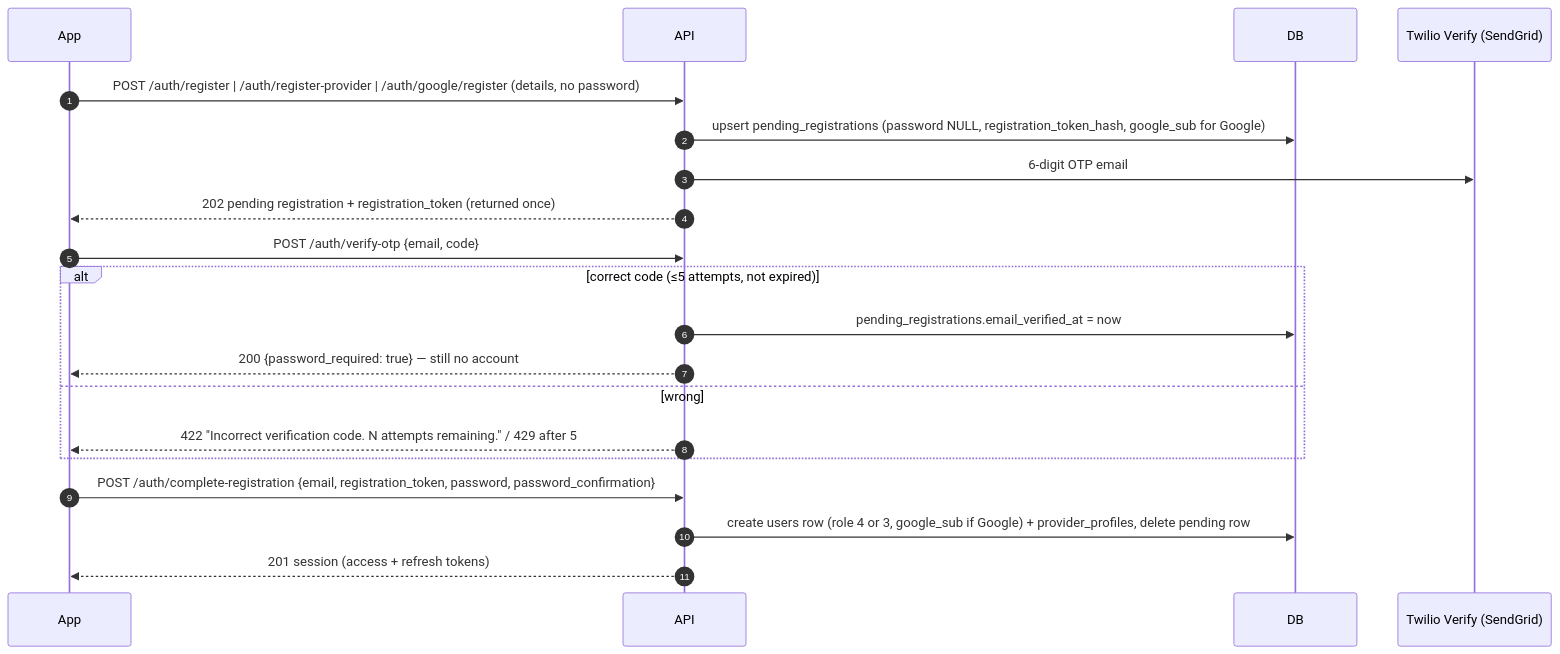
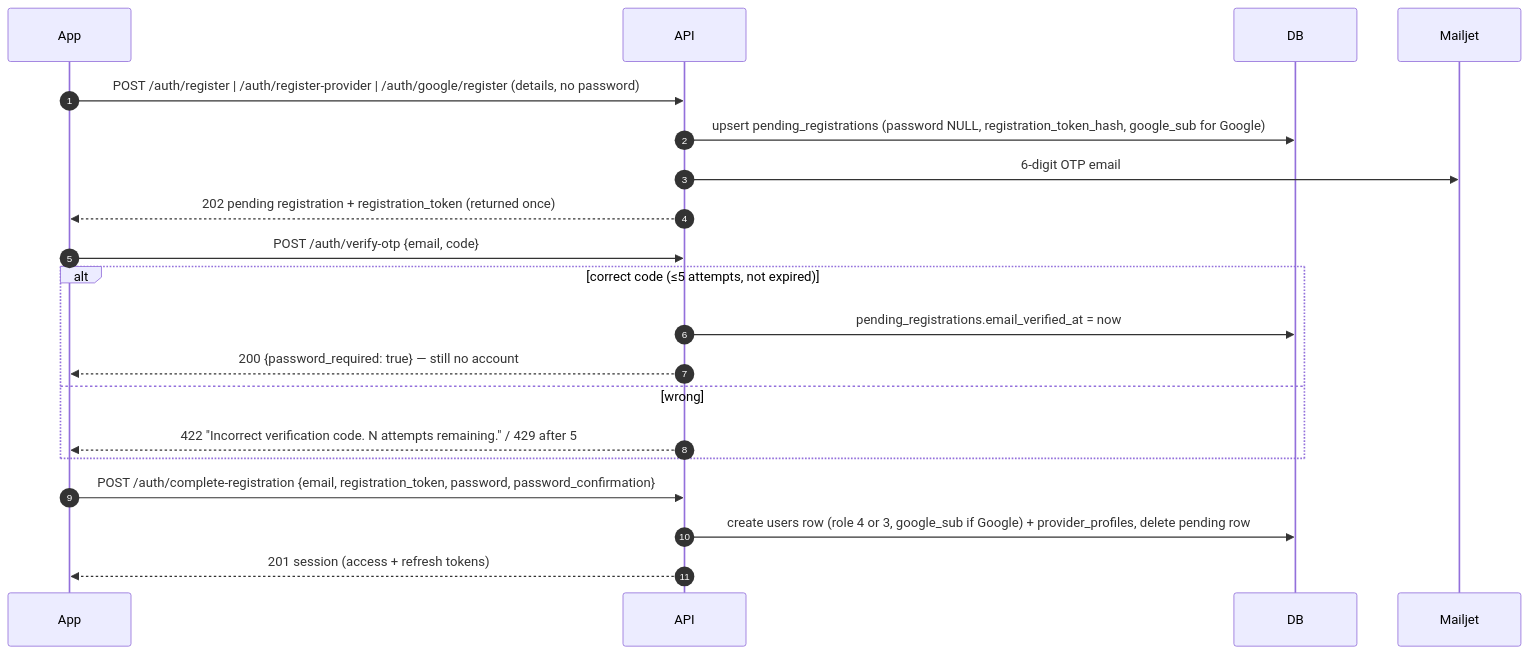
Before and after one commit to EarlCao/skillserve-web-root: the diagram in SkillServe-Vault/02 - Domain & Business Logic/Registration and OTP Flow.md, drawn with Mermaid. The commit also changed other lines of this file and 11 other files, not shown here.

````diff
--- a/SkillServe-Vault/02 - Domain & Business Logic/Registration and OTP Flow.md
+++ b/SkillServe-Vault/02 - Domain & Business Logic/Registration and OTP Flow.md
@@ -23,22 +21,22 @@
 ```mermaid
 sequenceDiagram
   autonumber
   participant App
   participant API
   participant DB
-  participant Mail as Twilio Verify (SendGrid)
+  participant Mail as Mailjet
   App->>API: POST /auth/register | /auth/register-provider | /auth/google/register (details, no password)
   API->>DB: upsert pending_registrations (password NULL, registration_token_hash, google_sub for Google)
   API->>Mail: 6-digit OTP email
   API-->>App: 202 pending registration + registration_token (returned once)
   App->>API: POST /auth/verify-otp {email, code}
   alt correct code (≤5 attempts, not expired)
     API->>DB: pending_registrations.email_verified_at = now
     API-->>App: 200 {password_required: true} — still no account
   else wrong
     API-->>App: 422 "Incorrect verification code. N attempts remaining." / 429 after 5
   end
   App->>API: POST /auth/complete-registration {email, registration_token, password, password_confirmation}
   API->>DB: create users row (role 4 or 3, google_sub if Google) + provider_profiles, delete pending row
   API-->>App: 201 session (access + refresh tokens)
 ```
````
